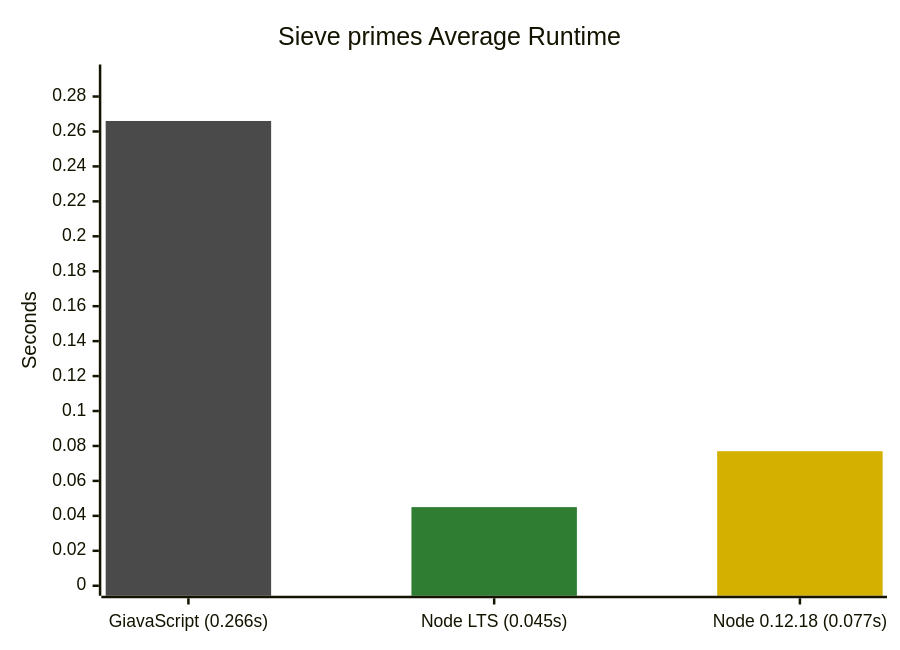
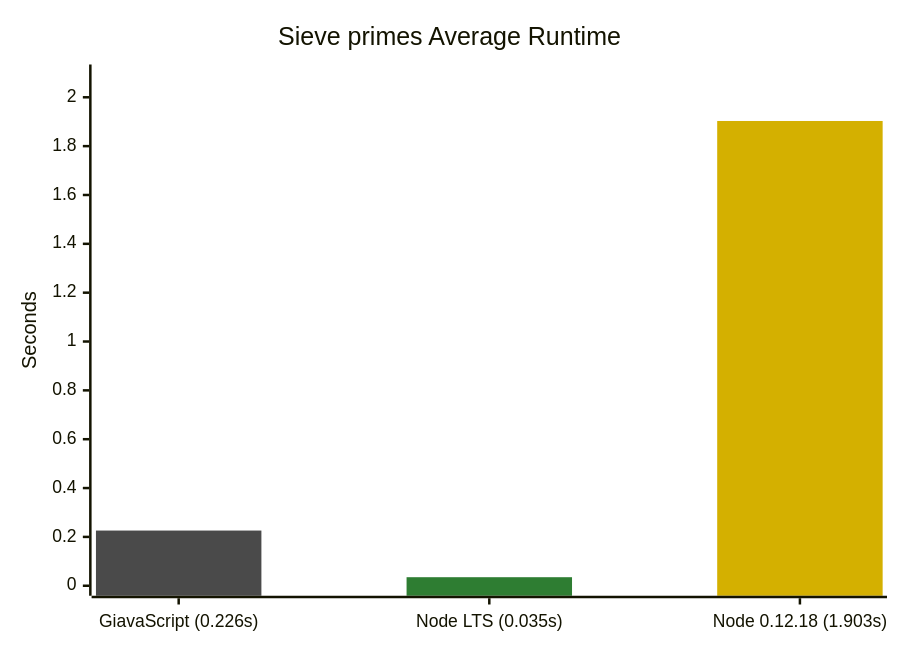
One commit to GiavaScript/GiavaScript changed the fifth of 5 diagrams in README.md. Above: the diagram before and after it, drawn with Mermaid. The commit also changed other lines of this file and 2 other files, not shown here.

````diff
--- a/README.md
+++ b/README.md
@@ -127,10 +127,10 @@
 ```mermaid
 %%{init: {"themeVariables": {"xyChart": {"plotColorPalette": "#4a4a4a, #2e7d32, #d4b000"}}}}%%
 xychart-beta
     title "Sieve primes Average Runtime"
-    x-axis ["GiavaScript (0.266s)", "Node LTS (0.045s)", "Node 0.12.18 (0.077s)"]
-    y-axis "Seconds" 0 --> 0.2926
-    bar [0.266, -1, -1]
-    bar [-1, 0.045, -1]
-    bar [-1, -1, 0.077]
+    x-axis ["GiavaScript (0.226s)", "Node LTS (0.035s)", "Node 0.12.18 (1.903s)"]
+    y-axis "Seconds" 0 --> 2.0933
+    bar [0.226, -1, -1]
+    bar [-1, 0.035, -1]
+    bar [-1, -1, 1.903]
 ```
````
